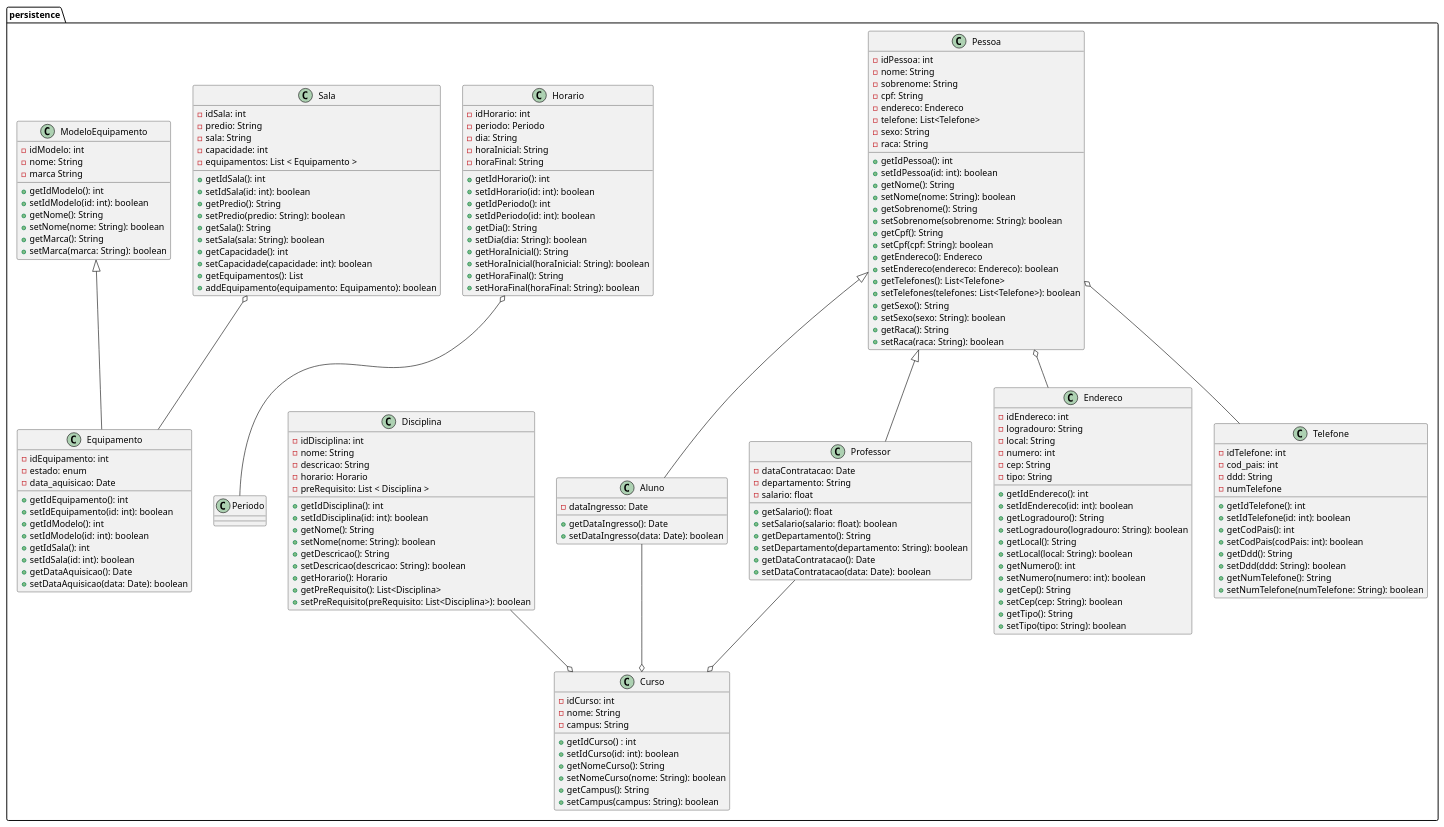
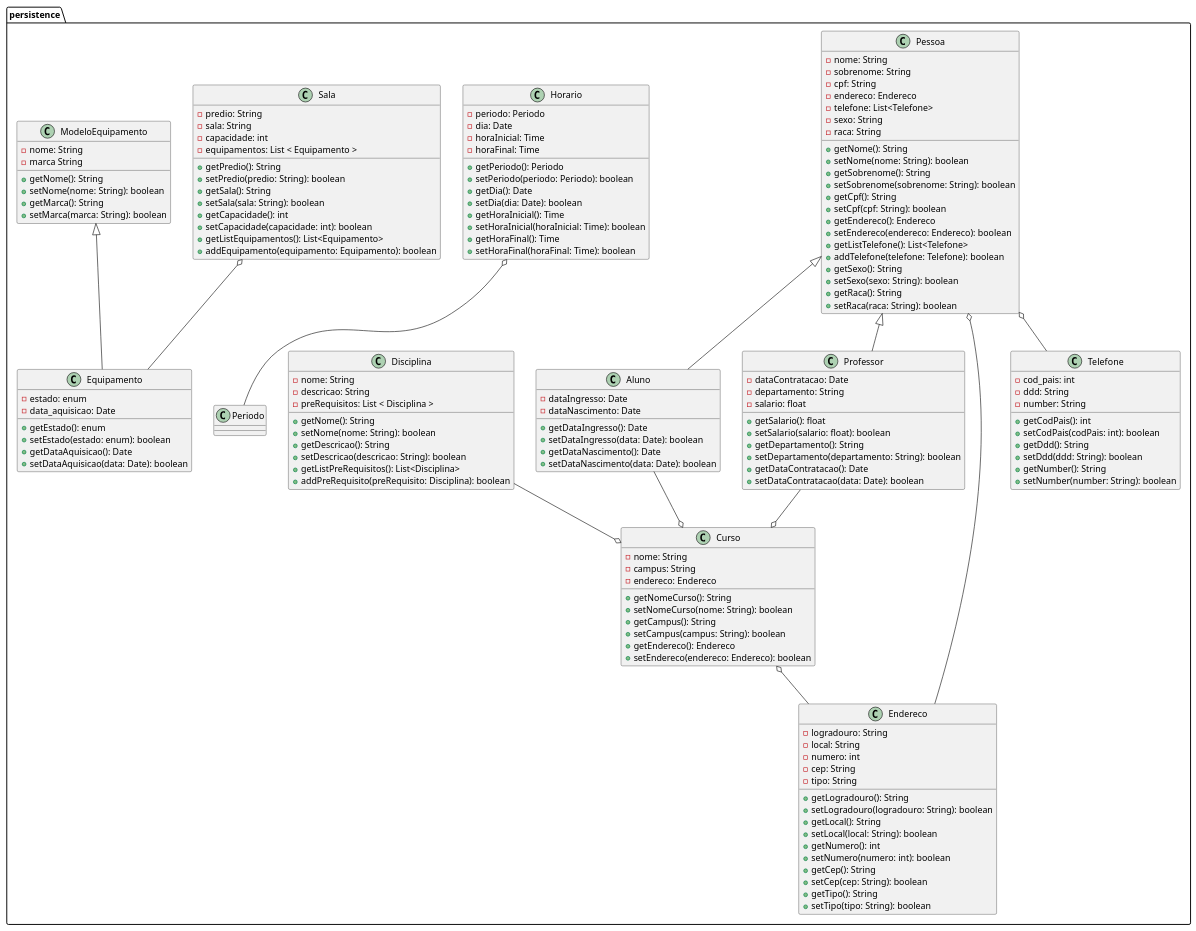
Before and after one commit to lknupp/sistema-de-gestao-academico: the diagram in assets/diagrama-de-classe.puml, drawn with PlantUML.

Commit message:
removed id used in database

```diff
--- a/assets/diagrama-de-classe.puml
+++ b/assets/diagrama-de-classe.puml
@@ -1,200 +1,174 @@
 @startuml trabalho_engenharia_persistence
 
 package "persistence" {
     class Pessoa {
-        - idPessoa: int
         - nome: String
         - sobrenome: String
         - cpf: String
         - endereco: Endereco
         - telefone: List<Telefone>
         - sexo: String
         - raca: String
 
-        + getIdPessoa(): int
-        + setIdPessoa(id: int): boolean
         + getNome(): String
         + setNome(nome: String): boolean
         + getSobrenome(): String
         + setSobrenome(sobrenome: String): boolean
         + getCpf(): String
         + setCpf(cpf: String): boolean
         + getEndereco(): Endereco
         + setEndereco(endereco: Endereco): boolean
-        + getTelefones(): List<Telefone>
-        + setTelefones(telefones: List<Telefone>): boolean
+        + getListTelefone(): List<Telefone>
+        + addTelefone(telefone: Telefone): boolean
         + getSexo(): String
         + setSexo(sexo: String): boolean
         + getRaca(): String
         + setRaca(raca: String): boolean
     }
 
     Pessoa <|-- Aluno
     Aluno --o Curso
     class Aluno {
         - dataIngresso: Date
+        - dataNascimento: Date
 
         + getDataIngresso(): Date
         + setDataIngresso(data: Date): boolean
+        + getDataNascimento(): Date
+        + setDataNascimento(data: Date): boolean
     }
 
     Pessoa <|-- Professor
     Professor --o Curso
     class Professor {
         - dataContratacao: Date
         - departamento: String
         - salario: float
 
         + getSalario(): float
         + setSalario(salario: float): boolean
         + getDepartamento(): String
         + setDepartamento(departamento: String): boolean
         + getDataContratacao(): Date
         + setDataContratacao(data: Date): boolean
     }
 
     Pessoa o-- Endereco
+    Curso o-- Endereco
     class Endereco {
-        - idEndereco: int
         - logradouro: String
         - local: String
         - numero: int
         - cep: String
         - tipo: String
 
-        + getIdEndereco(): int
-        + setIdEndereco(id: int): boolean
         + getLogradouro(): String
         + setLogradouro(logradouro: String): boolean
         + getLocal(): String
         + setLocal(local: String): boolean
         + getNumero(): int
         + setNumero(numero: int): boolean
         + getCep(): String
         + setCep(cep: String): boolean
         + getTipo(): String
         + setTipo(tipo: String): boolean
     }
 
     Pessoa o-- Telefone
     class Telefone {
-        - idTelefone: int
         - cod_pais: int
         - ddd: String
-        - numTelefone
+        - number: String
 
-        + getIdTelefone(): int
-        + setIdTelefone(id: int): boolean
         + getCodPais(): int
         + setCodPais(codPais: int): boolean
         + getDdd(): String
         + setDdd(ddd: String): boolean
-        + getNumTelefone(): String
-        + setNumTelefone(numTelefone: String): boolean
+        + getNumber(): String
+        + setNumber(number: String): boolean
     }
+
     class Curso{
-        - idCurso: int
         - nome: String
         - campus: String
+        - endereco: Endereco
 
-        + getIdCurso() : int
-        + setIdCurso(id: int): boolean
         + getNomeCurso(): String
         + setNomeCurso(nome: String): boolean
         + getCampus(): String
         + setCampus(campus: String): boolean
-
+        + getEndereco(): Endereco
+        + setEndereco(endereco: Endereco): boolean
     }
 
     Disciplina --o Curso
     class Disciplina {
-        - idDisciplina: int
         - nome: String
         - descricao: String
-        - horario: Horario
-        - preRequisito: List < Disciplina >
+        - preRequisitos: List < Disciplina >
 
-        + getIdDisciplina(): int
-        + setIdDisciplina(id: int): boolean
         + getNome(): String
         + setNome(nome: String): boolean
         + getDescricao(): String
         + setDescricao(descricao: String): boolean
-        + getHorario(): Horario
-        + getPreRequisito(): List<Disciplina>
-        + setPreRequisito(preRequisito: List<Disciplina>): boolean
+        + getListPreRequisitos(): List<Disciplina>
+        + addPreRequisito(preRequisito: Disciplina): boolean
     }
 
     Horario o-- Periodo
     class Horario {
-        - idHorario: int
         - periodo: Periodo
-        - dia: String
-        - horaInicial: String
-        - horaFinal: String
+        - dia: Date
+        - horaInicial: Time
+        - horaFinal: Time
 
-        + getIdHorario(): int
-        + setIdHorario(id: int): boolean
-        + getIdPeriodo(): int
-        + setIdPeriodo(id: int): boolean
-        + getDia(): String
-        + setDia(dia: String): boolean
-        + getHoraInicial(): String
-        + setHoraInicial(horaInicial: String): boolean
-        + getHoraFinal(): String
-        + setHoraFinal(horaFinal: String): boolean
+        + getPeriodo(): Periodo
+        + setPeriodo(periodo: Periodo): boolean
+        + getDia(): Date
+        + setDia(dia: Date): boolean
+        + getHoraInicial(): Time
+        + setHoraInicial(horaInicial: Time): boolean
+        + getHoraFinal(): Time
+        + setHoraFinal(horaFinal: Time): boolean
     }
     
     Sala o-- Equipamento
     class Sala {
-        - idSala: int
         - predio: String
         - sala: String
         - capacidade: int
         - equipamentos: List < Equipamento >
 
-        + getIdSala(): int
-        + setIdSala(id: int): boolean
         + getPredio(): String
         + setPredio(predio: String): boolean
         + getSala(): String
         + setSala(sala: String): boolean
         + getCapacidade(): int
         + setCapacidade(capacidade: int): boolean
-        + getEquipamentos(): List
+        + getListEquipamentos(): List<Equipamento>
         + addEquipamento(equipamento: Equipamento): boolean
     }
 
     class ModeloEquipamento {
-        - idModelo: int
         - nome: String
         - marca String
 
-        + getIdModelo(): int
-        + setIdModelo(id: int): boolean
         + getNome(): String
         + setNome(nome: String): boolean
         + getMarca(): String
         + setMarca(marca: String): boolean
     }
 
     ModeloEquipamento <|-- Equipamento
     class Equipamento {
-        - idEquipamento: int
         - estado: enum
         - data_aquisicao: Date
-        
-        + getIdEquipamento(): int
-        + setIdEquipamento(id: int): boolean
-        + getIdModelo(): int
-        + setIdModelo(id: int): boolean
-        + getIdSala(): int
-        + setIdSala(id: int): boolean
+
+        + getEstado(): enum
+        + setEstado(estado: enum): boolean
         + getDataAquisicao(): Date
         + setDataAquisicao(data: Date): boolean
     }
-
-    
 }
 
 @enduml
```
